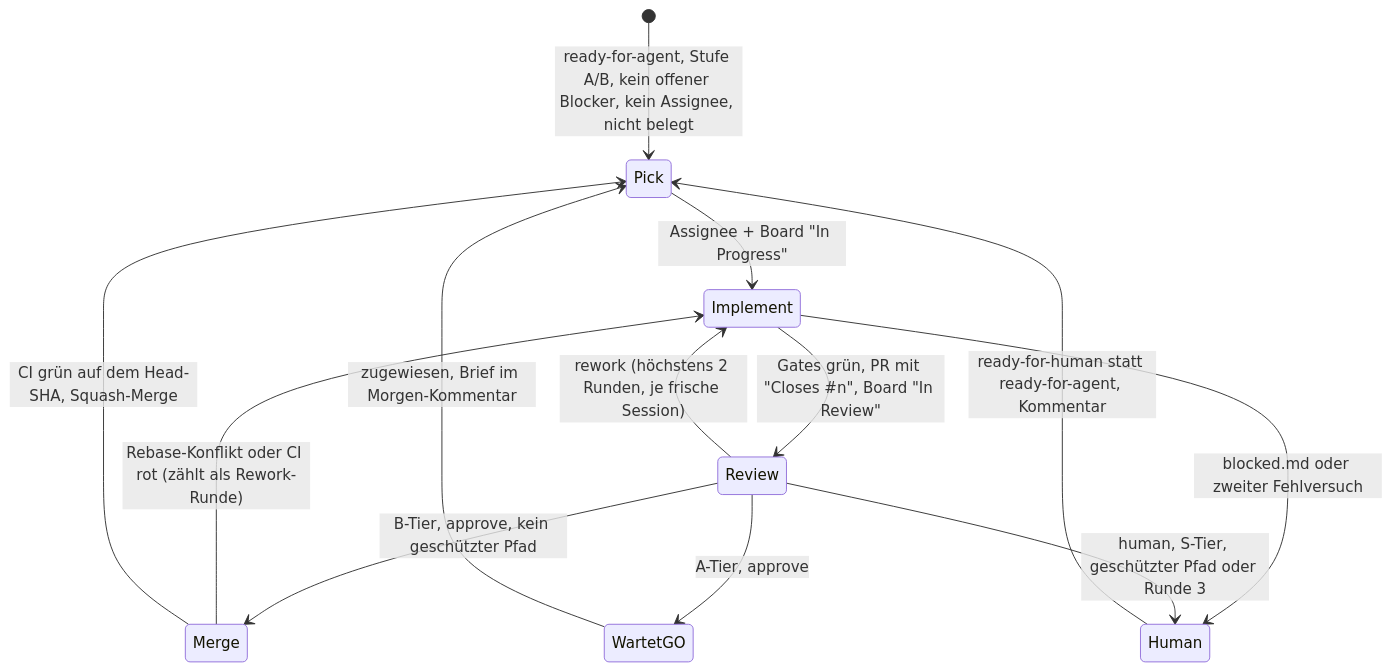
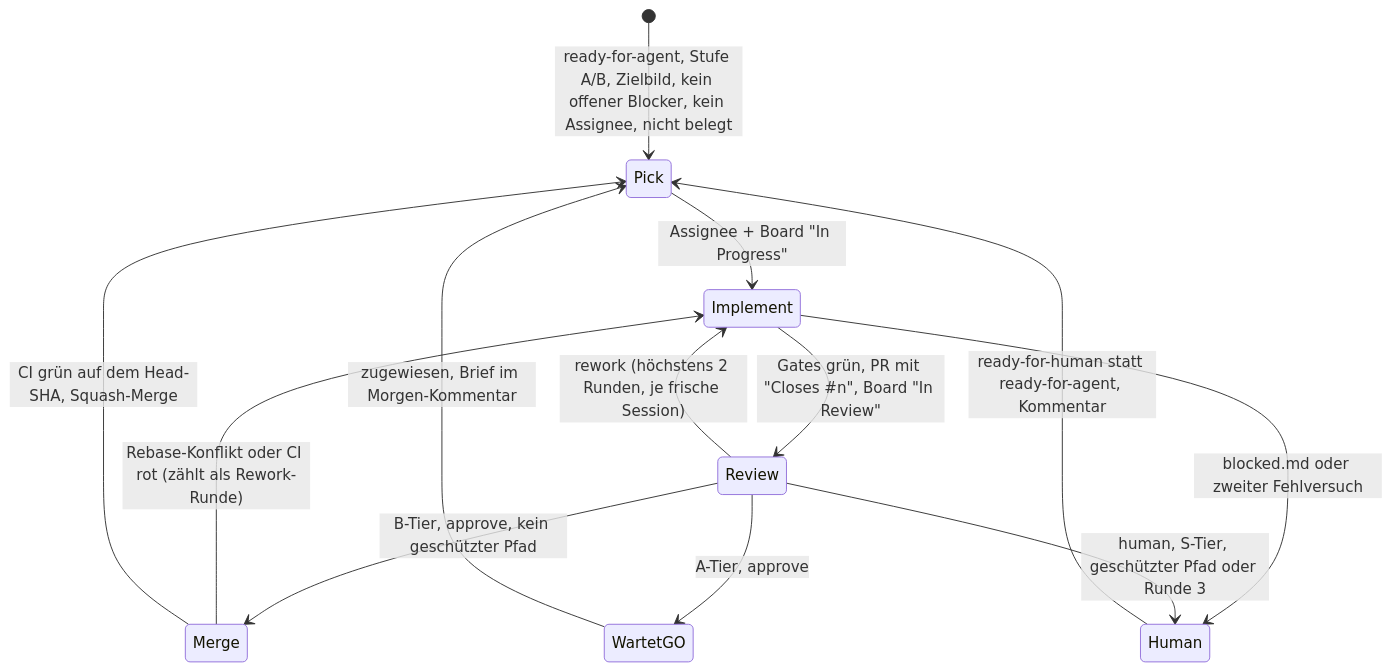
One commit to croesnick/kommunalpolitik_ki changed the diagram in docs/agents/dev-loop.md. Above: the diagram before and after it, drawn with Mermaid. The commit also changed other lines of this file and 2 other files, not shown here.

Commit message:
Dev-Loop: nur Tickets mit bestätigtem Zielbild auswählen, PO-Entwurf zählt nicht (#389)

````diff
--- a/docs/agents/dev-loop.md
+++ b/docs/agents/dev-loop.md
@@ -7,15 +7,15 @@
 ```mermaid
 stateDiagram-v2
-    [*] --> Pick: ready-for-agent, Stufe A/B, kein offener Blocker, kein Assignee, nicht belegt
+    [*] --> Pick: ready-for-agent, Stufe A/B, Zielbild, kein offener Blocker, kein Assignee, nicht belegt
     Pick --> Implement: Assignee + Board "In Progress"
     Implement --> Review: Gates grün, PR mit "Closes #n", Board "In Review"
     Implement --> Human: blocked.md oder zweiter Fehlversuch
     Review --> Implement: rework (höchstens 2 Runden, je frische Session)
     Review --> Merge: B-Tier, approve, kein geschützter Pfad
     Review --> WartetGO: A-Tier, approve
     Review --> Human: human, S-Tier, geschützter Pfad oder Runde 3
     Merge --> Implement: Rebase-Konflikt oder CI rot (zählt als Rework-Runde)
     Merge --> Pick: CI grün auf dem Head-SHA, Squash-Merge
     WartetGO --> Pick: zugewiesen, Brief im Morgen-Kommentar
     Human --> Pick: ready-for-human statt ready-for-agent, Kommentar
 ```
````
